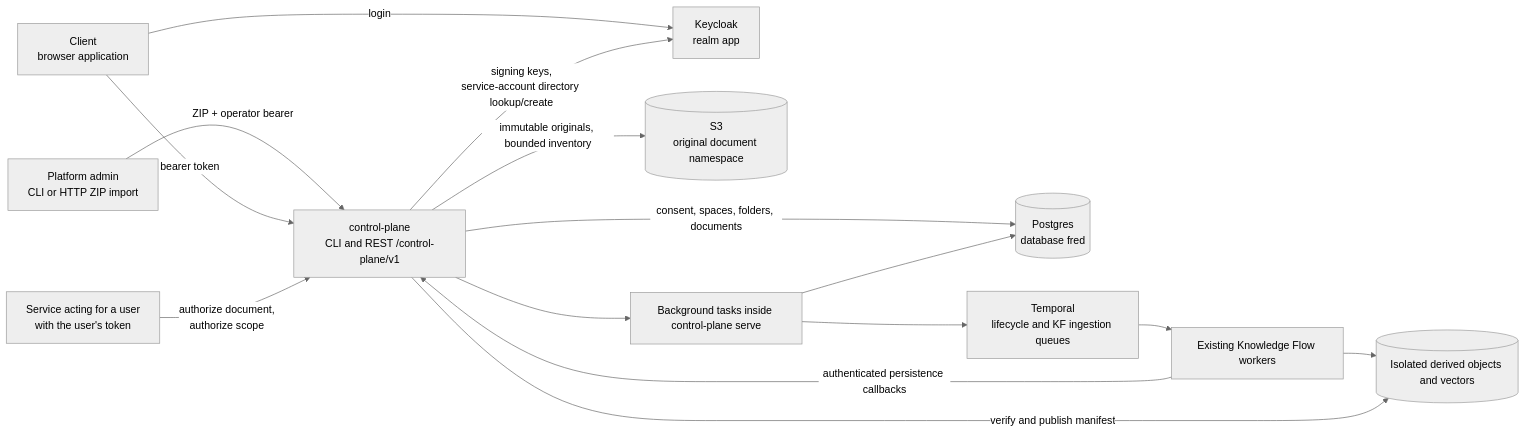
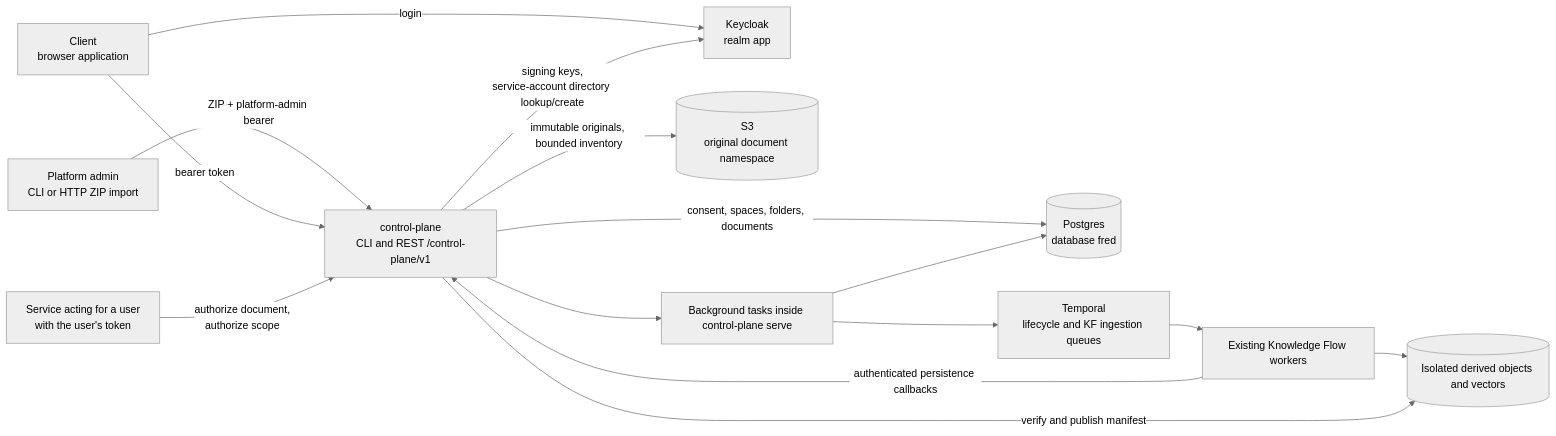
The first of 3 diagrams in docs/architecture/A1-manager-runtime.md (ThalesGroup/fred), drawn with Mermaid (neutral theme) before and after one commit. The commit also changed other lines of this file and 15 other files, not shown here.

````diff
--- a/docs/architecture/A1-manager-runtime.md
+++ b/docs/architecture/A1-manager-runtime.md
@@ -10,29 +10,29 @@
 ```mermaid
 flowchart LR
     client["Client<br/>browser application"]
-    operator["Platform admin<br/>CLI or HTTP ZIP import"]
+    platform_admin["Platform admin<br/>CLI or HTTP ZIP import"]
     caller["Service acting for a user<br/>with the user's token"]
     manager["control-plane<br/>CLI and REST /control-plane/v1"]
     keycloak["Keycloak<br/>realm app"]
     postgres[("Postgres<br/>database fred")]
     objects[("S3<br/>original document namespace")]
     temporal["Temporal<br/>lifecycle and KF ingestion queues"]
     worker["Background tasks inside control-plane serve"]
     kf["Existing Knowledge Flow workers"]
     derived[("Isolated derived objects and vectors")]
 
-    operator -- "ZIP + operator bearer" --> manager
+    platform_admin -- "ZIP + platform-admin bearer" --> manager
     client -- "bearer token" --> manager
     caller -- "authorize document,<br/>authorize scope" --> manager
     client -- "login" --> keycloak
     manager -- "signing keys,<br/>service-account directory lookup/create" --> keycloak
     manager -- "consent, spaces, folders, documents" --> postgres
     manager -- "immutable originals, bounded inventory" --> objects
     manager --> worker
     worker --> temporal
     worker --> postgres
     temporal --> kf
     kf -- "authenticated persistence callbacks" --> manager
     kf --> derived
     manager -- "verify and publish manifest" --> derived
 ```
````
